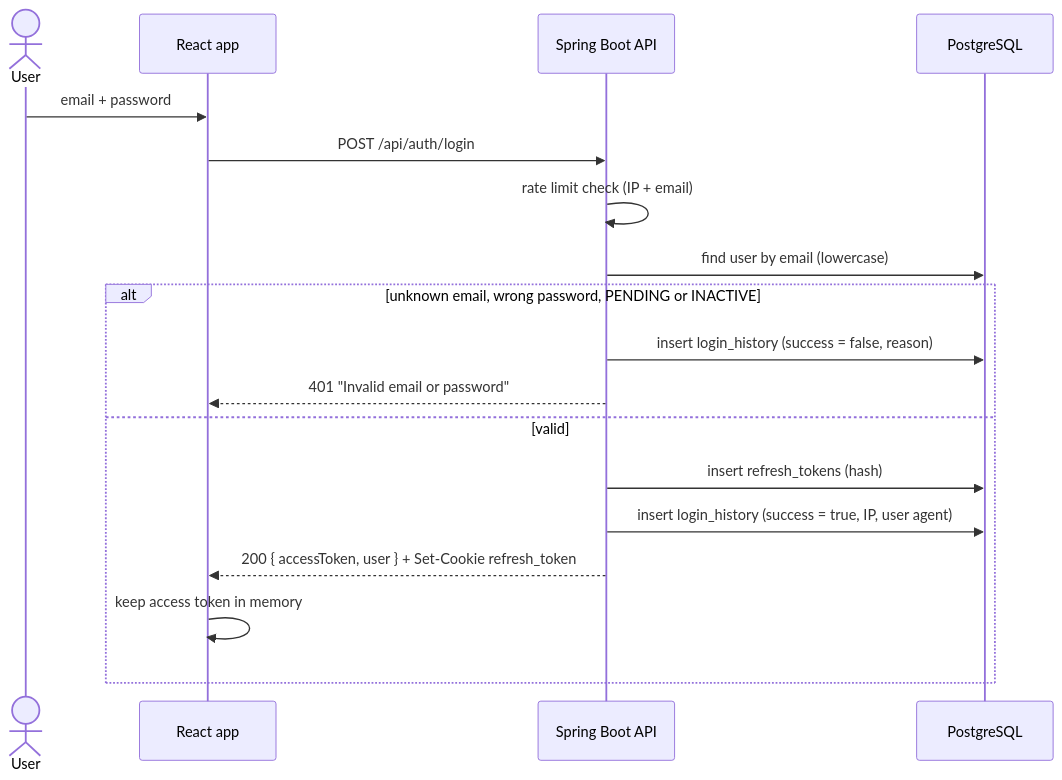
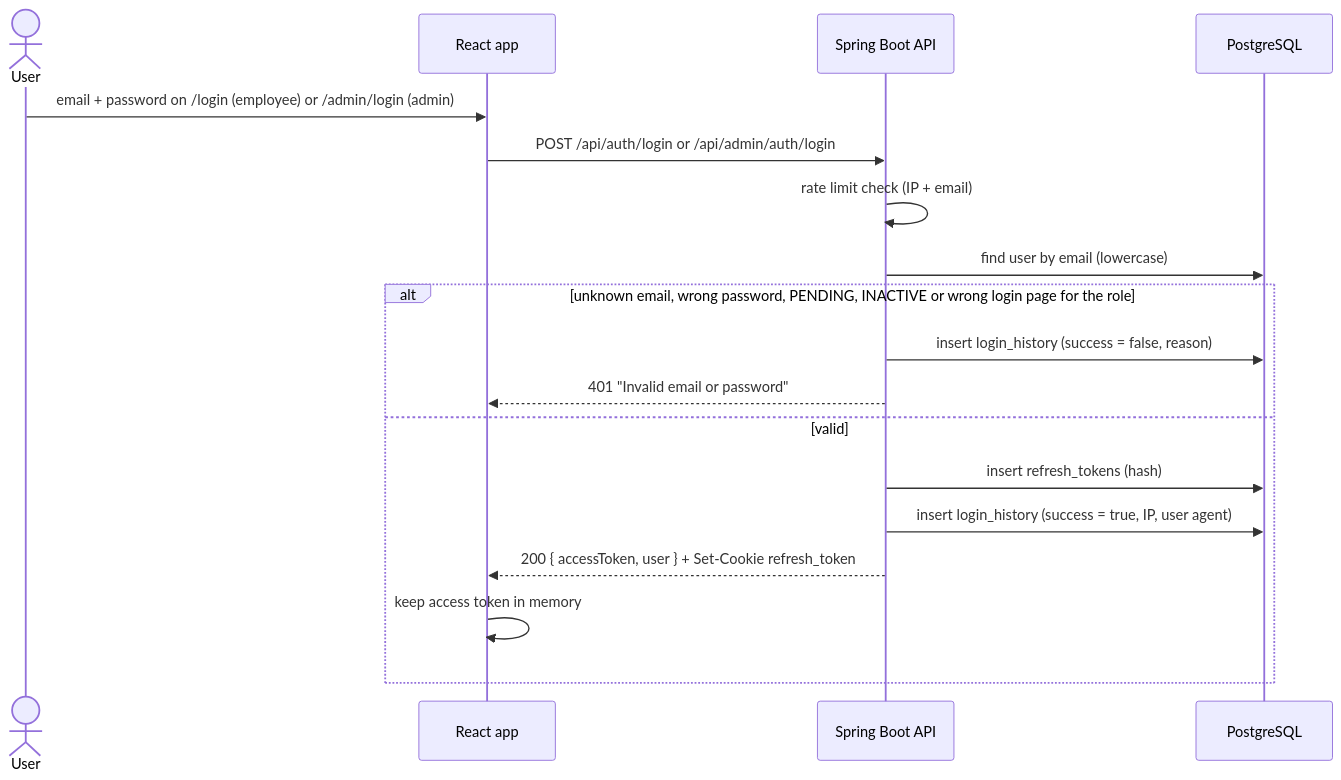
Before and after one commit to agusheryanto182/employee-portal: the first of 4 diagrams in docs/auth-flows.md, drawn with Mermaid. The commit also changed 12 other files, not shown here.

````diff
--- a/docs/auth-flows.md
+++ b/docs/auth-flows.md
@@ -11,21 +11,21 @@
 ```mermaid
 sequenceDiagram
     actor U as User
     participant FE as React app
     participant API as Spring Boot API
     participant DB as PostgreSQL
 
-    U->>FE: email + password
-    FE->>API: POST /api/auth/login
+    U->>FE: email + password on /login (employee) or /admin/login (admin)
+    FE->>API: POST /api/auth/login or /api/admin/auth/login
     API->>API: rate limit check (IP + email)
     API->>DB: find user by email (lowercase)
-    alt unknown email, wrong password, PENDING or INACTIVE
+    alt unknown email, wrong password, PENDING, INACTIVE or wrong login page for the role
         API->>DB: insert login_history (success = false, reason)
         API-->>FE: 401 "Invalid email or password"
     else valid
         API->>DB: insert refresh_tokens (hash)
         API->>DB: insert login_history (success = true, IP, user agent)
         API-->>FE: 200 { accessToken, user } + Set-Cookie refresh_token
         FE->>FE: keep access token in memory
     end
 ```
````
